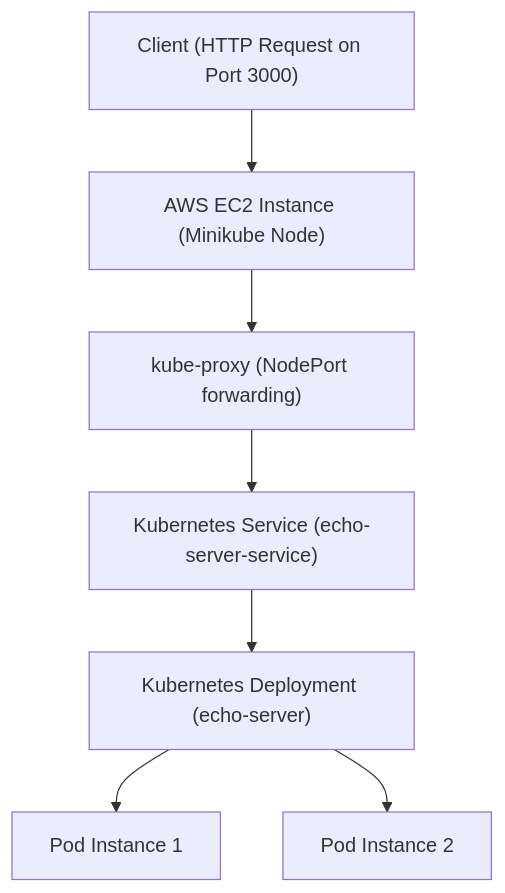
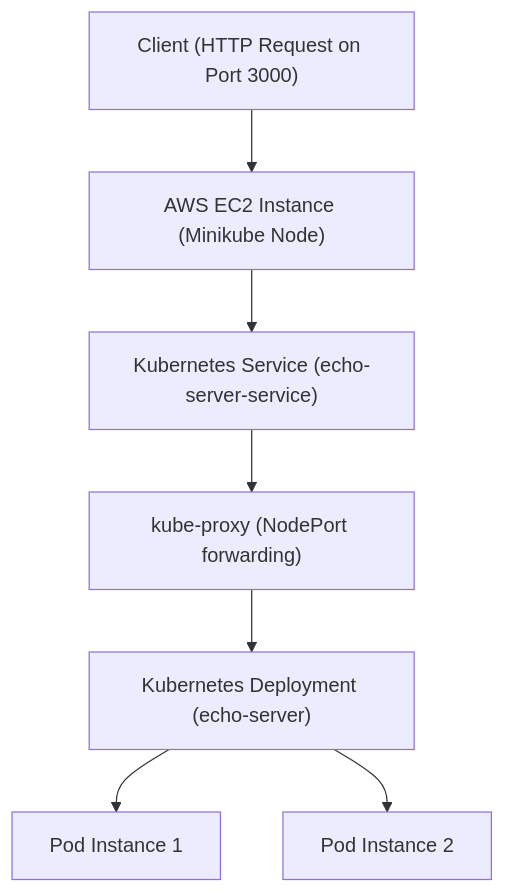
Before and after one commit to ilyas-elmi/Kubernetes: the diagram in README.md, drawn with Mermaid.

````diff
--- a/README.md
+++ b/README.md
@@ -31,9 +31,9 @@
 ```mermaid
 flowchart TD
     A["Client (HTTP Request on Port 3000)"] --> B["AWS EC2 Instance (Minikube Node)"]
-    B --> C["kube-proxy (NodePort forwarding)"]
-    C --> D["Kubernetes Service (echo-server-service)"]
+    B --> C["Kubernetes Service (echo-server-service)"]
+    C --> D["kube-proxy (NodePort forwarding)"]
     D --> E["Kubernetes Deployment (echo-server)"]
     E --> F["Pod Instance 1"]
     E --> G["Pod Instance 2"]
  ```   
````
